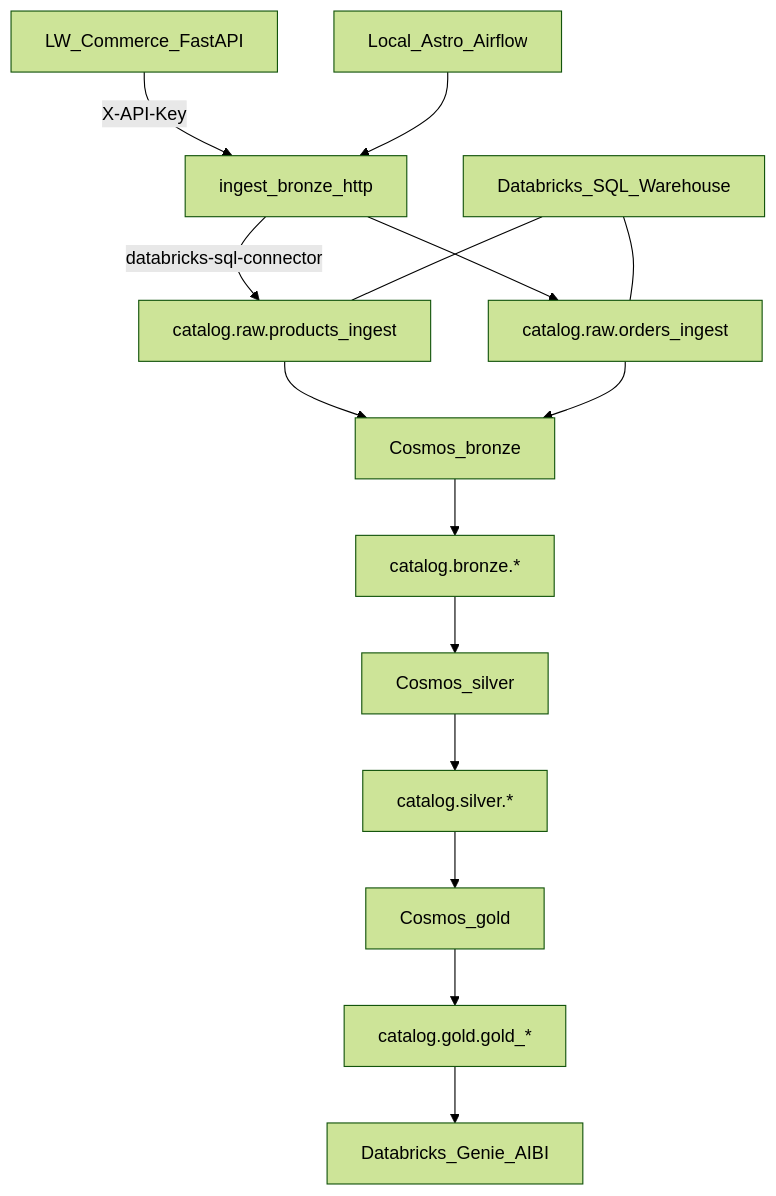
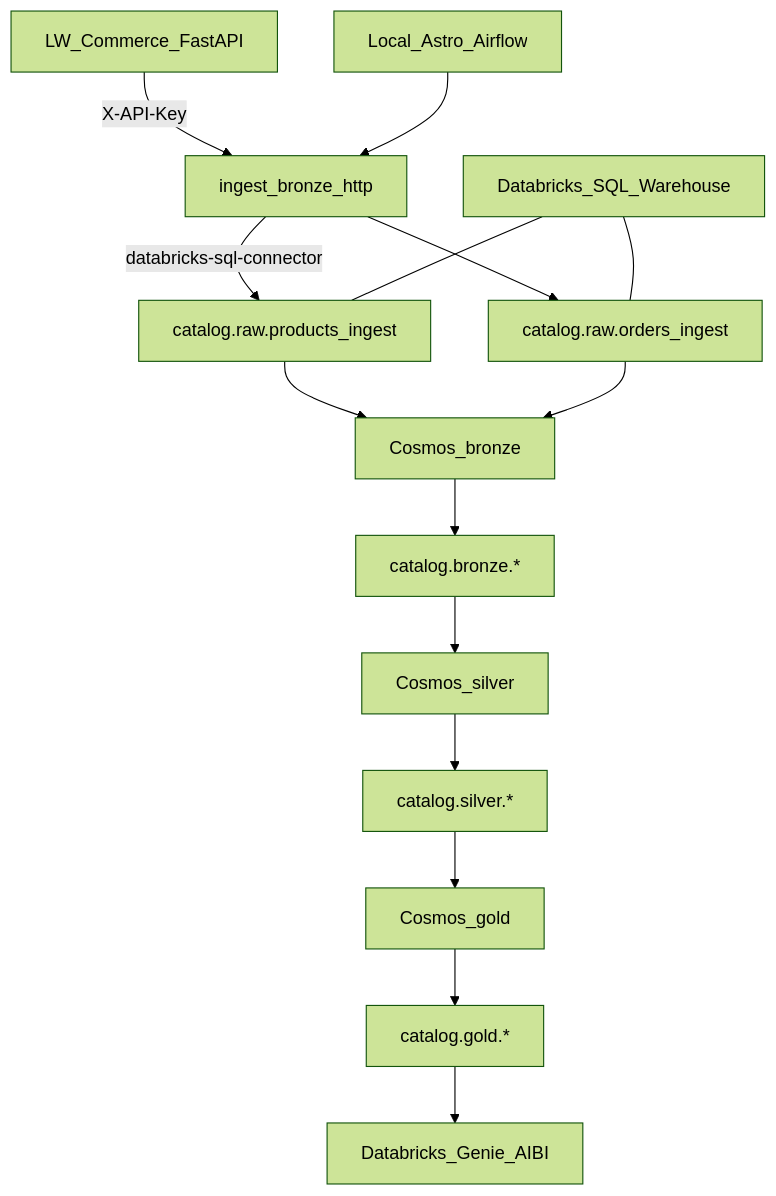
One commit to aoelvp94/lewagon-databricks-medallion-demo changed the diagram in README.md. Above: the diagram before and after it, drawn with Mermaid (forest theme). The commit also changed other lines of this file and 12 other files, not shown here.

````diff
--- a/README.md
+++ b/README.md
@@ -17,27 +17,27 @@
 ```mermaid
 flowchart TD
   api[LW_Commerce_FastAPI]
   astro[Local_Astro_Airflow]
   ingest[ingest_bronze_http]
   warehouse[Databricks_SQL_Warehouse]
   rawP["catalog.raw.products_ingest"]
   rawO["catalog.raw.orders_ingest"]
   cosmosBronze[Cosmos_bronze]
   cosmosSilver[Cosmos_silver]
   cosmosGold[Cosmos_gold]
   bronze["catalog.bronze.*"]
   silver["catalog.silver.*"]
-  gold["catalog.gold.gold_*"]
+  gold["catalog.gold.*"]
   genie[Databricks_Genie_AIBI]
 
   api -->|X-API-Key| ingest
   astro --> ingest
   ingest -->|databricks-sql-connector| rawP
   ingest --> rawO
   warehouse --- rawP
   warehouse --- rawO
   rawP --> cosmosBronze
   rawO --> cosmosBronze
   cosmosBronze --> bronze --> cosmosSilver --> silver --> cosmosGold --> gold
   gold --> genie
 ```
````
